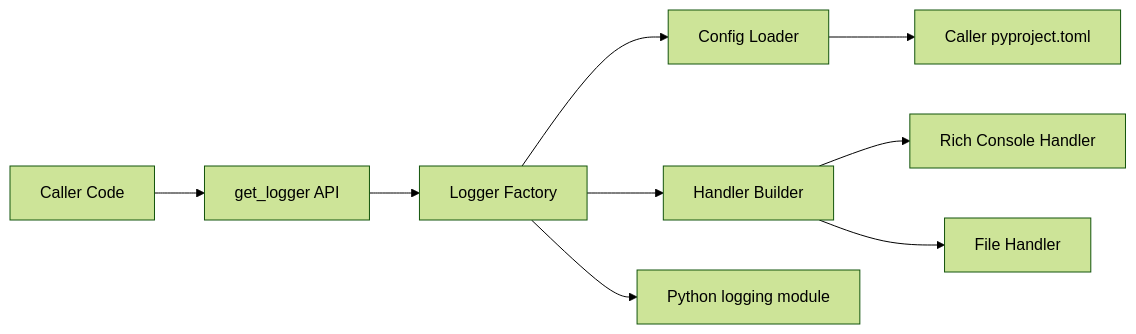
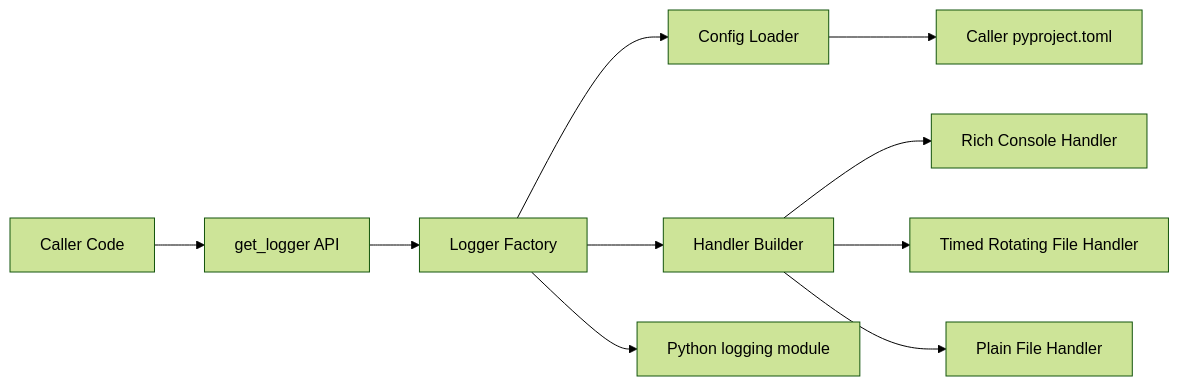
The first of 3 diagrams in .kiro/specs/logger-utility/design.md (t-totsuka/python_util), drawn with Mermaid (forest theme) before and after one commit. The commit also changed other lines of this file and 5 other files, not shown here.

````diff
--- a/.kiro/specs/logger-utility/design.md
+++ b/.kiro/specs/logger-utility/design.md
@@ -58,11 +67,12 @@
 ```mermaid
 graph LR
     Caller[Caller Code] --> API[get_logger API]
     API --> Factory[Logger Factory]
     Factory --> Loader[Config Loader]
     Factory --> Handlers[Handler Builder]
     Loader --> Toml[Caller pyproject.toml]
     Handlers --> RichConsole[Rich Console Handler]
-    Handlers --> FileOut[File Handler]
+    Handlers --> Rotating[Timed Rotating File Handler]
+    Handlers --> FileOut[Plain File Handler]
     Factory --> StdLog[Python logging module]
 ```
````
